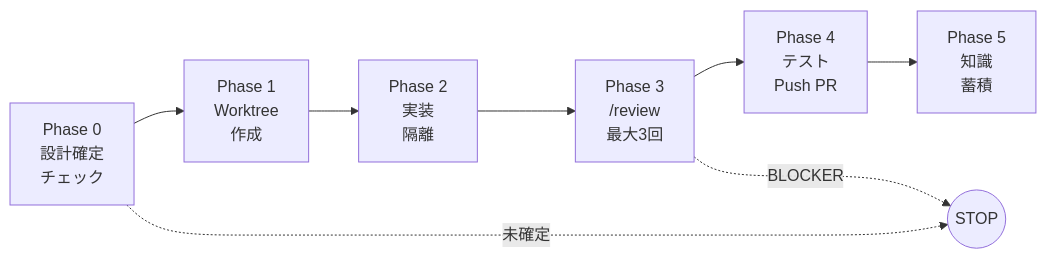
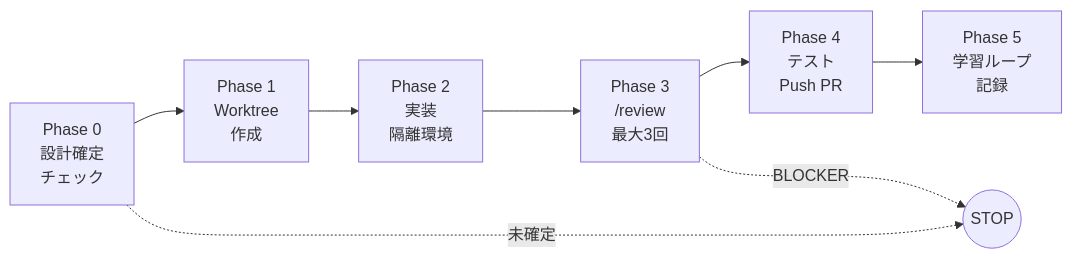
One commit to SideMountain/claude-code-sidekick changed the third of 3 diagrams in README.ja.md. Above: the diagram before and after it, drawn with Mermaid. The commit also changed other lines of this file and 6 other files, not shown here.

````diff
--- a/README.ja.md
+++ b/README.ja.md
@@ -204,10 +275,10 @@
 ```mermaid
 flowchart LR
-    P0["Phase 0\n設計確定\nチェック"] --> P1["Phase 1\nWorktree\n作成"]
-    P1 --> P2["Phase 2\n実装\n隔離"]
-    P2 --> P3["Phase 3\n/review\n最大3回"]
-    P3 --> P4["Phase 4\nテスト\nPush PR"]
-    P4 --> P5["Phase 5\n知識\n蓄積"]
+    P0["Phase 0<br/>設計確定<br/>チェック"] --> P1["Phase 1<br/>Worktree<br/>作成"]
+    P1 --> P2["Phase 2<br/>実装<br/>隔離環境"]
+    P2 --> P3["Phase 3<br/>/review<br/>最大3回"]
+    P3 --> P4["Phase 4<br/>テスト<br/>Push PR"]
+    P4 --> P5["Phase 5<br/>学習ループ<br/>記録"]
     P0 -..->|"未確定"| STOP(("STOP"))
     P3 -..->|"BLOCKER"| STOP
 ```
````
